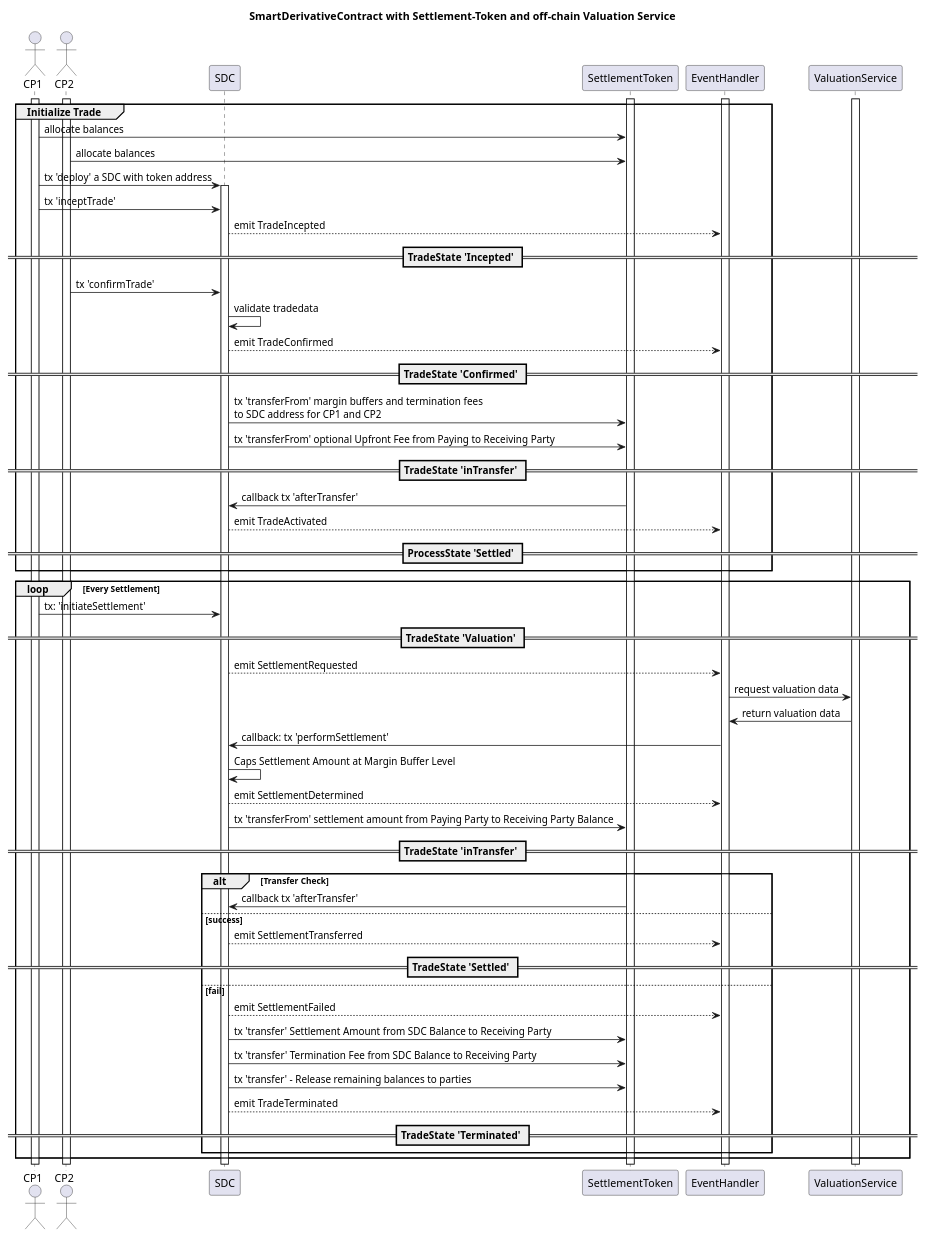
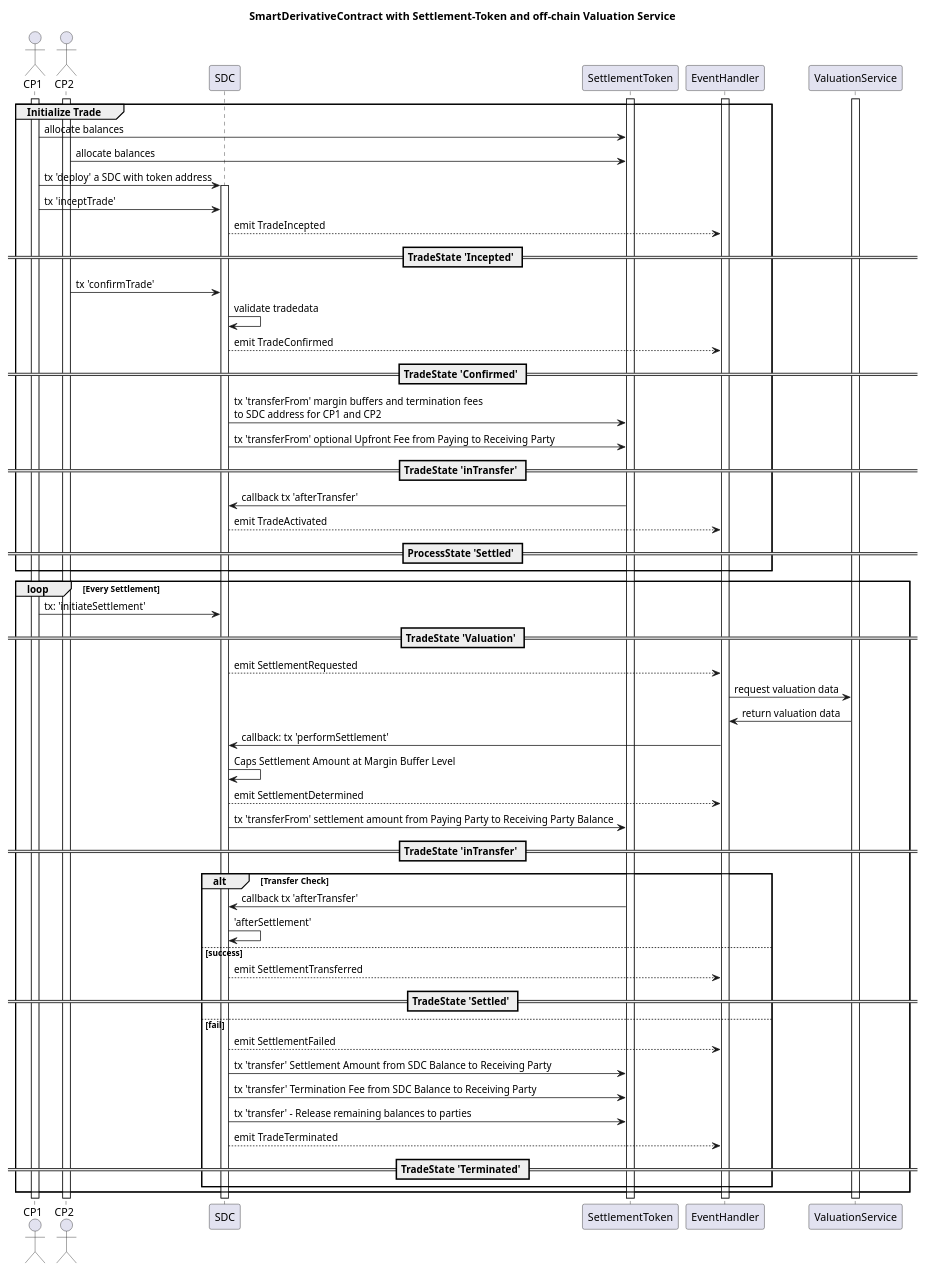
One commit to ethereum/ERCs changed the diagram in assets/erc-6123/doc/sequence.puml. Above: the diagram before and after it, drawn with PlantUML. The commit also changed 4 other files, not shown here.

```diff
--- a/assets/erc-6123/doc/sequence.puml
+++ b/assets/erc-6123/doc/sequence.puml
@@ -1,89 +1,90 @@
 @startuml
 'https://plantuml.com/sequence-diagram
 title SmartDerivativeContract with Settlement-Token and off-chain Valuation Service
 
 	actor CP1
 	actor CP2
 
 	participant SDC
 
     participant SettlementToken
 
 	participant EventHandler
 	participant ValuationService
 
 activate EventHandler
 activate SettlementToken
 activate ValuationService
 
 activate CP1
 activate CP2
 
 group Initialize Trade
 CP1 ->SettlementToken: allocate balances
 CP2 ->SettlementToken: allocate balances
 CP1 ->SDC: tx 'deploy' a SDC with token address
 activate SDC
 CP1 ->SDC:                 tx 'inceptTrade'
 
 SDC-->EventHandler: emit TradeIncepted
 == TradeState 'Incepted' ==
 
     CP2->SDC: tx 'confirmTrade'
     SDC->SDC: validate tradedata
 
     SDC-->EventHandler: emit TradeConfirmed
 
 == TradeState 'Confirmed' ==
 
     SDC -> SettlementToken: tx 'transferFrom' margin buffers and termination fees\nto SDC address for CP1 and CP2
     SDC -> SettlementToken: tx 'transferFrom' optional Upfront Fee from Paying to Receiving Party
 
 ==  TradeState 'inTransfer' ==
 
     SettlementToken->SDC: callback tx 'afterTransfer'
 
     SDC-->EventHandler: emit TradeActivated
 
 ==ProcessState 'Settled' ==
 
 end
 
 loop Every Settlement
 
 
 CP1->SDC: tx: 'initiateSettlement'
 
 == TradeState 'Valuation' ==
 SDC-->EventHandler:emit SettlementRequested
 
 EventHandler->ValuationService: request valuation data
 ValuationService->EventHandler: return valuation data
 EventHandler->SDC: callback: tx 'performSettlement'
 SDC->SDC:Caps Settlement Amount at Margin Buffer Level
 
 SDC-->EventHandler: emit SettlementDetermined
 
 SDC->SettlementToken: tx 'transferFrom' settlement amount from Paying Party to Receiving Party Balance
 == TradeState 'inTransfer' ==
 
 alt Transfer Check
 	SettlementToken->SDC: callback tx 'afterTransfer'
+    SDC->SDC: 'afterSettlement'
 else success
     SDC-->EventHandler: emit SettlementTransferred
 == TradeState 'Settled' ==
 else fail
     SDC-->EventHandler: emit SettlementFailed
 
 	SDC->SettlementToken: tx 'transfer' Settlement Amount from SDC Balance to Receiving Party
 	SDC->SettlementToken: tx 'transfer' Termination Fee from SDC Balance to Receiving Party
     SDC->SettlementToken: tx 'transfer' - Release remaining balances to parties
 
     SDC-->EventHandler: emit TradeTerminated
 == TradeState 'Terminated' ==
 end
 
 
 end
 
 @enduml
```
